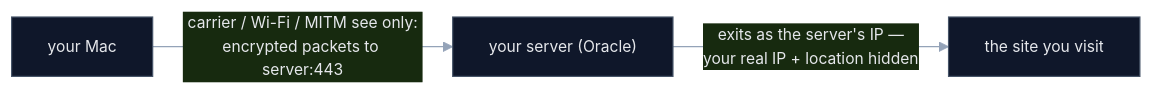
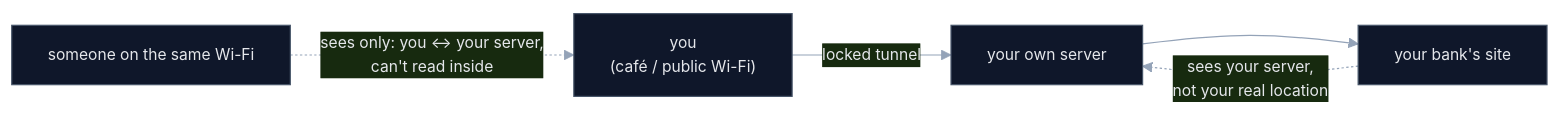
Before and after one commit to codereyinish/ColdVPN: the first of 2 diagrams in README.md, drawn with Mermaid. The commit also changed other lines of this file, not shown here.

First line of the commit message:
Rewrite 'What it hides' for non-developers; add location + ad-block limitations

````diff
--- a/README.md
+++ b/README.md
@@ -15,6 +15,8 @@
 ```mermaid
 %%{init: {'theme':'base','themeVariables':{'primaryColor':'#0f172a','primaryTextColor':'#e5e7eb','primaryBorderColor':'#475569','lineColor':'#94a3b8','fontSize':'13px'}}}%%
 flowchart LR
-    Mac["your Mac"] -->|"carrier / Wi-Fi / MITM see only:<br/>encrypted packets to server:443"| Srv["your server (Oracle)"]
-    Srv -->|"exits as the server's IP —<br/>your real IP + location hidden"| Net["the site you visit"]
+    You["you<br/>(café / public Wi-Fi)"] -->|"locked tunnel"| Srv["your own server"]
+    Srv --> Net["your bank's site"]
+    Snoop["someone on the same Wi-Fi"] -.->|"sees only: you ↔ your server,<br/>can't read inside"| You
+    Net -.->|"sees your server,<br/>not your real location"| Srv
 ```
````
